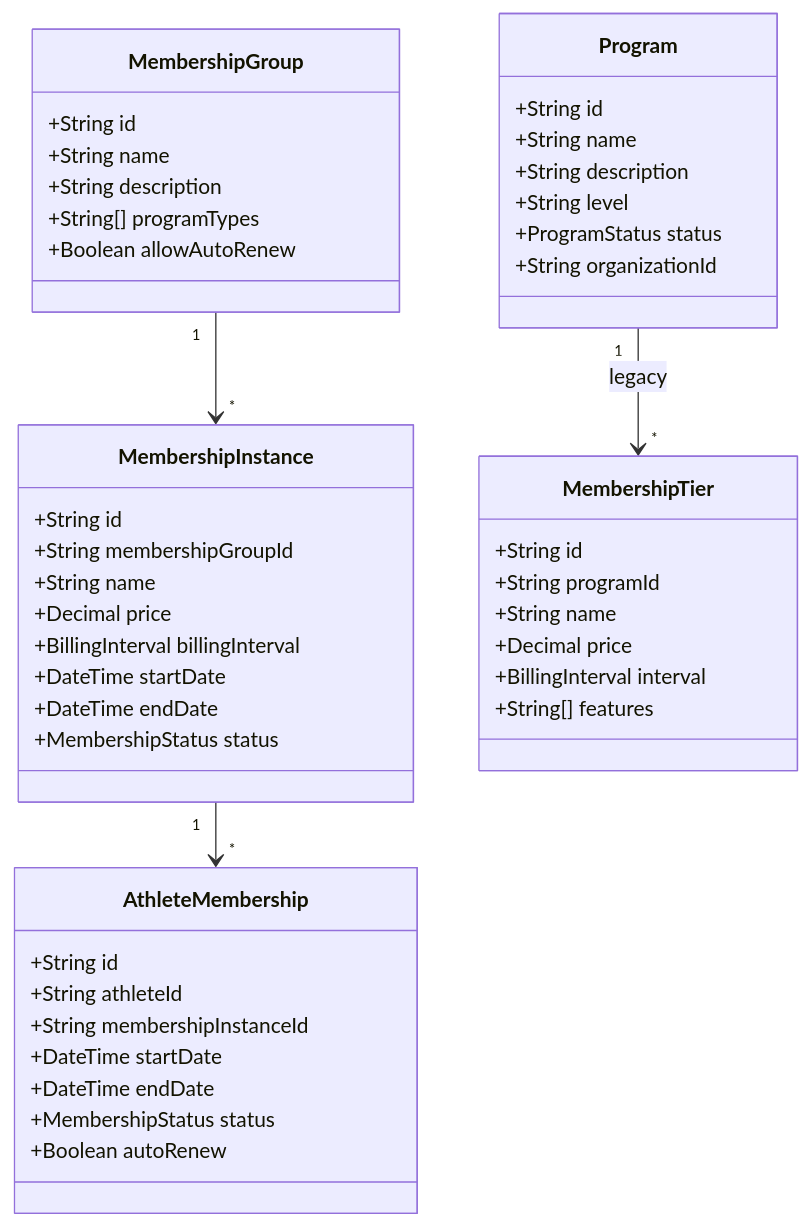
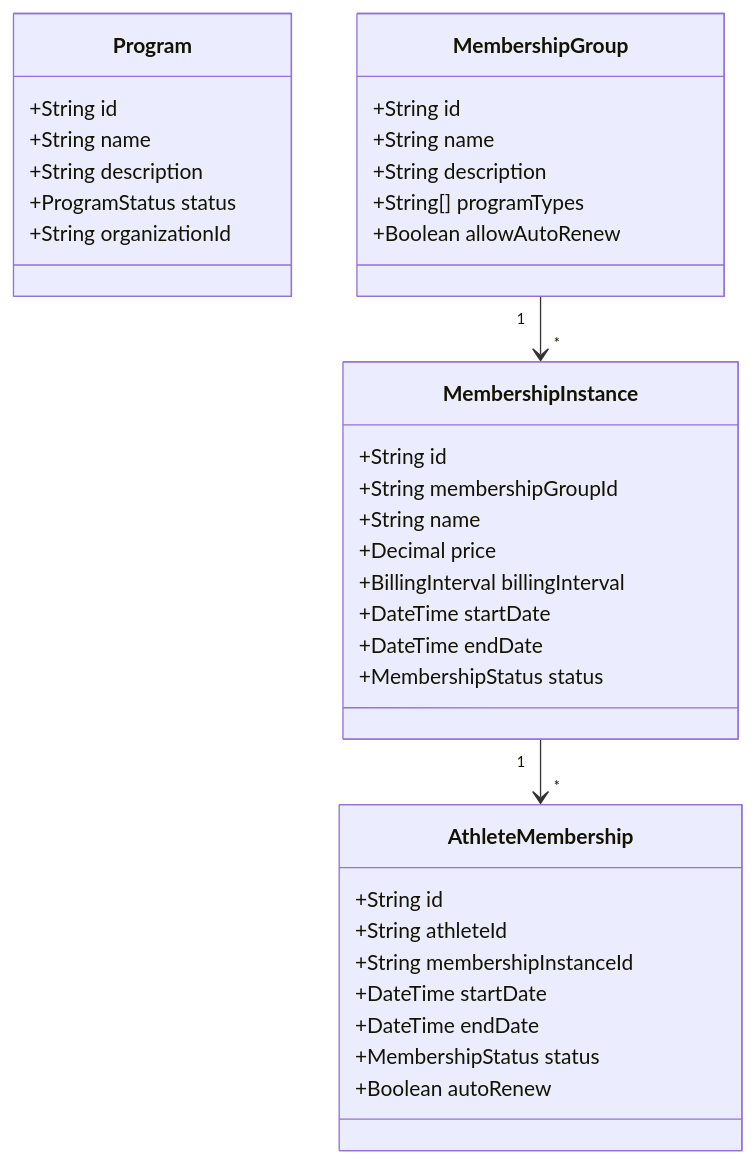
Before and after one commit to nadilifter/twizzle: the fifth of 13 diagrams in docs/data-structure.md, drawn with Mermaid. The commit also changed other lines of this file and 47 other files, not shown here.

First line of the commit message:
refactor: remove legacy program fields and MembershipTier model

````diff
--- a/docs/data-structure.md
+++ b/docs/data-structure.md
@@ -254,53 +252,42 @@
 ```mermaid
 classDiagram
     class Program {
         +String id
         +String name
         +String description
-        +String level
         +ProgramStatus status
         +String organizationId
     }
 
     class MembershipGroup {
         +String id
         +String name
         +String description
         +String[] programTypes
         +Boolean allowAutoRenew
     }
 
     class MembershipInstance {
         +String id
         +String membershipGroupId
         +String name
         +Decimal price
         +BillingInterval billingInterval
         +DateTime startDate
         +DateTime endDate
         +MembershipStatus status
     }
 
     class AthleteMembership {
         +String id
         +String athleteId
         +String membershipInstanceId
         +DateTime startDate
         +DateTime endDate
         +MembershipStatus status
         +Boolean autoRenew
     }
 
-    class MembershipTier {
-        +String id
-        +String programId
-        +String name
-        +Decimal price
-        +BillingInterval interval
-        +String[] features
-    }
-
-    Program "1" --> "*" MembershipTier : legacy
     MembershipGroup "1" --> "*" MembershipInstance
     MembershipInstance "1" --> "*" AthleteMembership
 ```
````
